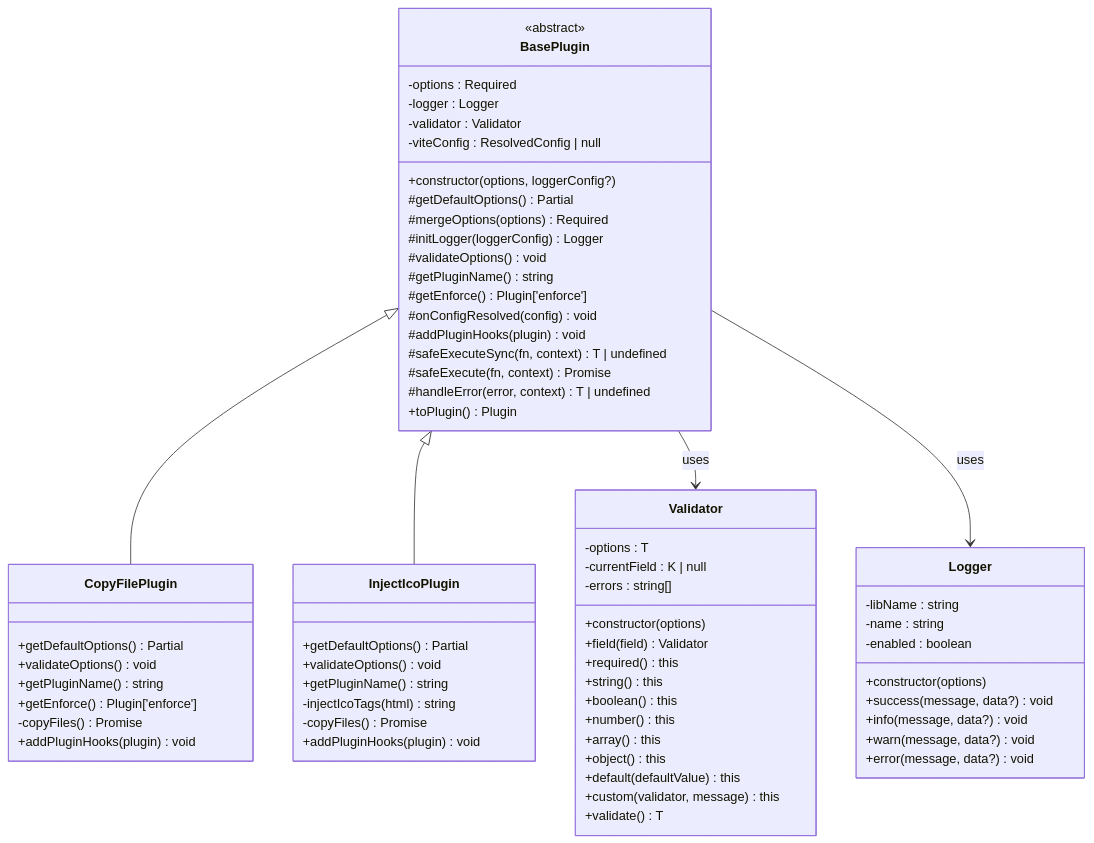
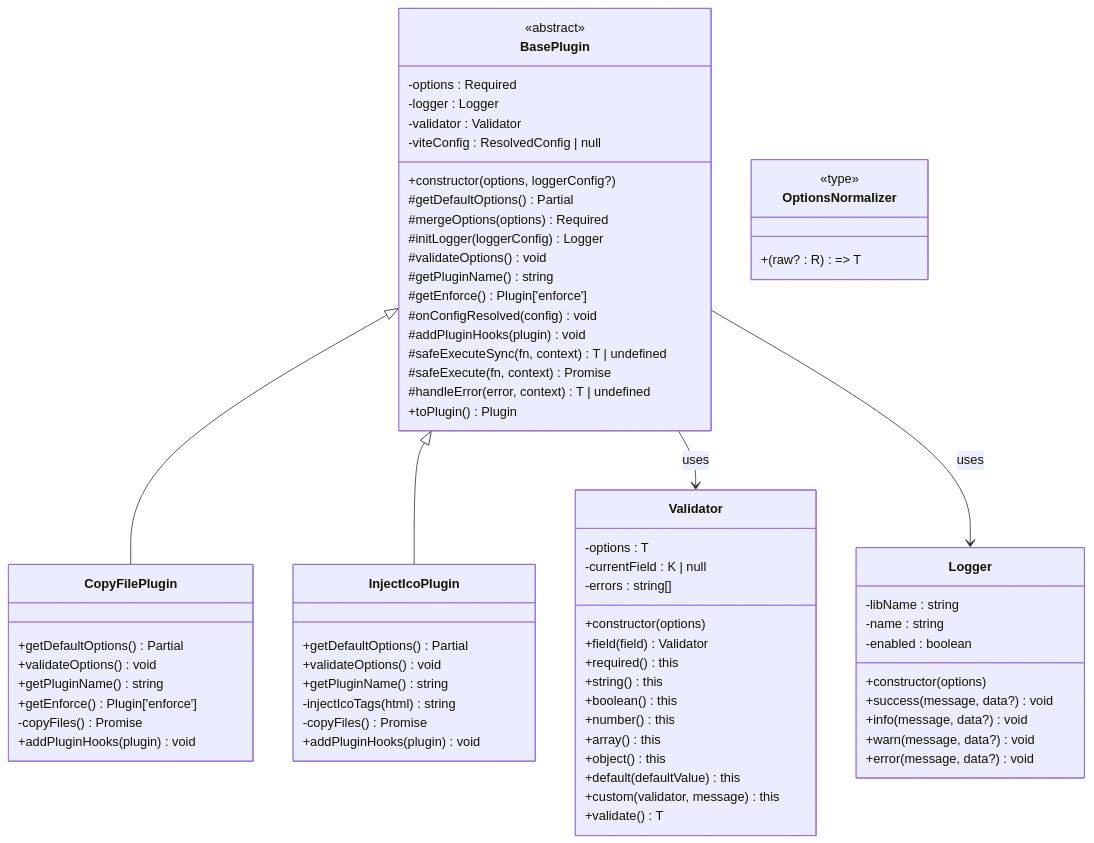
Before and after one commit to MengXi-Studio/vite-plugin: the third of 6 diagrams in .qoder/repowiki/zh/content/插件开发/插件工厂系统.md, drawn with Mermaid. The commit also changed other lines of this file and 5 other files, not shown here.

````diff
--- a/.qoder/repowiki/zh/content/插件开发/插件工厂系统.md
+++ b/.qoder/repowiki/zh/content/插件开发/插件工厂系统.md
@@ -131,69 +147,73 @@
 ```mermaid
 classDiagram
 class BasePlugin {
 <<abstract>>
 -options : Required<T>
 -logger : Logger
 -validator : Validator<T>
 -viteConfig : ResolvedConfig | null
 +constructor(options, loggerConfig?)
 #getDefaultOptions() Partial<T>
 #mergeOptions(options) Required<T>
 #initLogger(loggerConfig) Logger
 #validateOptions() void
 #getPluginName() string
 #getEnforce() Plugin['enforce']
 #onConfigResolved(config) void
 #addPluginHooks(plugin) void
 #safeExecuteSync(fn, context) T | undefined
 #safeExecute(fn, context) Promise<T | undefined>
 #handleError(error, context) T | undefined
 +toPlugin() Plugin
 }
 class CopyFilePlugin {
 +getDefaultOptions() Partial<CopyFileOptions>
 +validateOptions() void
 +getPluginName() string
 +getEnforce() Plugin['enforce']
 -copyFiles() Promise<void>
 +addPluginHooks(plugin) void
 }
 class InjectIcoPlugin {
 +getDefaultOptions() Partial<InjectIcoOptions>
 +validateOptions() void
 +getPluginName() string
 -injectIcoTags(html) string
 -copyFiles() Promise<void>
 +addPluginHooks(plugin) void
 }
+class OptionsNormalizer {
+<<type>>
++(raw? : R) => T
+}
 class Validator {
 -options : T
 -currentField : K | null
 -errors : string[]
 +constructor(options)
 +field(field) Validator
 +required() this
 +string() this
 +boolean() this
 +number() this
 +array() this
 +object() this
 +default(defaultValue) this
 +custom(validator, message) this
 +validate() T
 }
 class Logger {
 -libName : string
 -name : string
 -enabled : boolean
 +constructor(options)
 +success(message, data?) void
 +info(message, data?) void
 +warn(message, data?) void
 +error(message, data?) void
 }
 BasePlugin <|-- CopyFilePlugin
 BasePlugin <|-- InjectIcoPlugin
 BasePlugin --> Validator : uses
 BasePlugin --> Logger : uses
 ```
````
